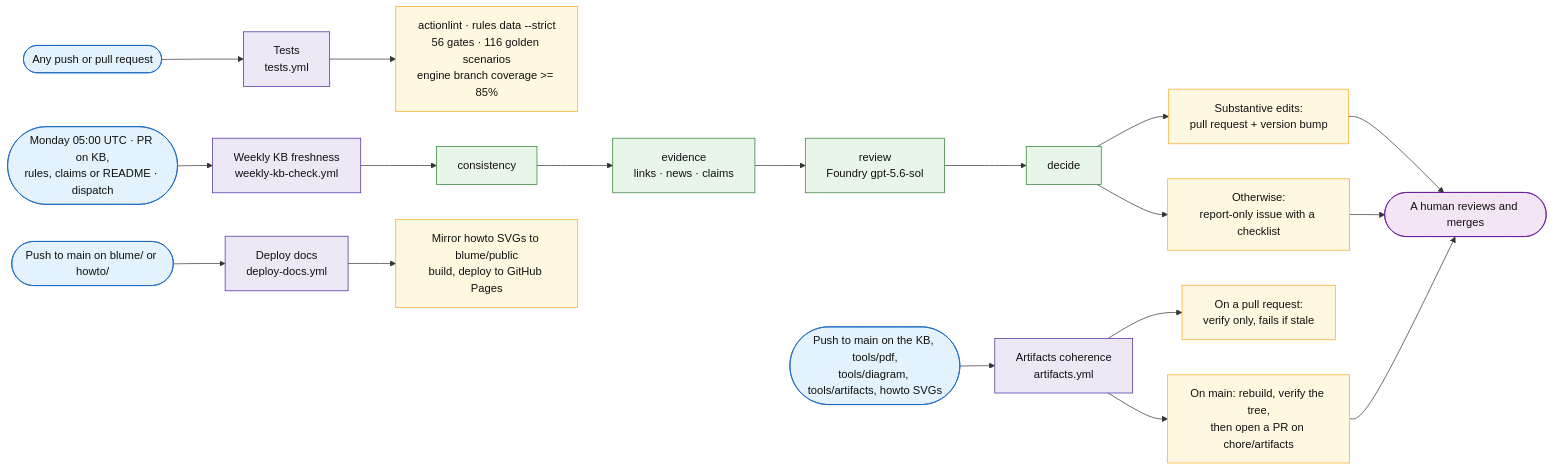
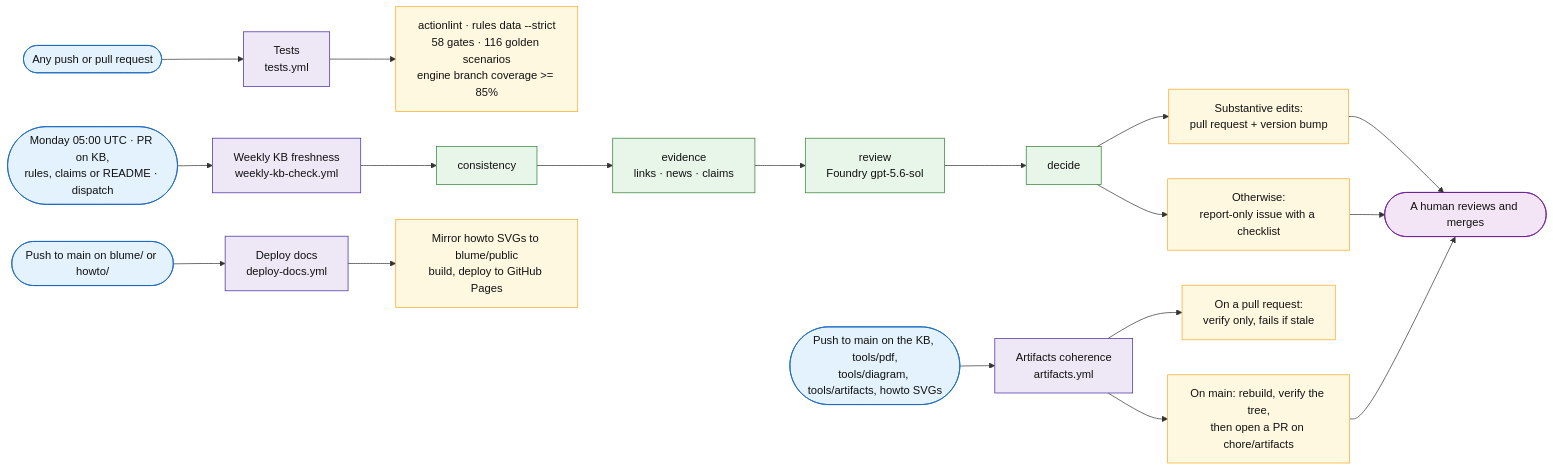
Before and after one commit to fredgis/sql-migration-advisor: the sixth of 6 diagrams in docs/sql-migration-advisor-developer-pitch.md, drawn with Mermaid. The commit also changed 21 other files, not shown here.

````diff
--- a/docs/sql-migration-advisor-developer-pitch.md
+++ b/docs/sql-migration-advisor-developer-pitch.md
@@ -991,33 +991,33 @@
 ```mermaid
 flowchart LR
     G1([Any push or pull request]) --> W1[Tests<br/>tests.yml]
     G2([Monday 05:00 UTC · PR on KB,<br/>rules, claims or README · dispatch]) --> W2[Weekly KB freshness<br/>weekly-kb-check.yml]
     G3([Push to main on the KB, tools/pdf,<br/>tools/diagram, tools/artifacts, howto SVGs]) --> W3[Artifacts coherence<br/>artifacts.yml]
     G4([Push to main on blume/ or howto/]) --> W4[Deploy docs<br/>deploy-docs.yml]
 
-    W1 --> O1[actionlint · rules data --strict<br/>56 gates · 116 golden scenarios<br/>engine branch coverage >= 85%]
+    W1 --> O1[actionlint · rules data --strict<br/>58 gates · 116 golden scenarios<br/>engine branch coverage >= 85%]
 
     W2 --> C1[consistency] --> C2[evidence<br/>links · news · claims] --> C3[review<br/>Foundry gpt-5.6-sol] --> C4[decide]
     C4 --> O2a[Substantive edits:<br/>pull request + version bump]
     C4 --> O2b[Otherwise:<br/>report-only issue with a checklist]
 
     W3 --> O3a[On a pull request:<br/>verify only, fails if stale]
     W3 --> O3b[On main: rebuild, verify the tree,<br/>then open a PR on chore/artifacts]
 
     W4 --> O4[Mirror howto SVGs to blume/public<br/>build, deploy to GitHub Pages]
 
     O2a --> H([A human reviews and merges])
     O2b --> H
     O3b --> H
 
     classDef trig fill:#e3f2fd,stroke:#1565c0,color:#111
     classDef flow fill:#ede7f6,stroke:#4527a0,color:#111
     classDef step fill:#e8f5e9,stroke:#2e7d32,color:#111
     classDef out fill:#fff8e1,stroke:#f9a825,color:#111
     classDef human fill:#f3e5f5,stroke:#6a1b9a,color:#111
     class G1,G2,G3,G4 trig
     class W1,W2,W3,W4 flow
     class C1,C2,C3,C4 step
     class O1,O2a,O2b,O3a,O3b,O4 out
     class H human
 ```
````
